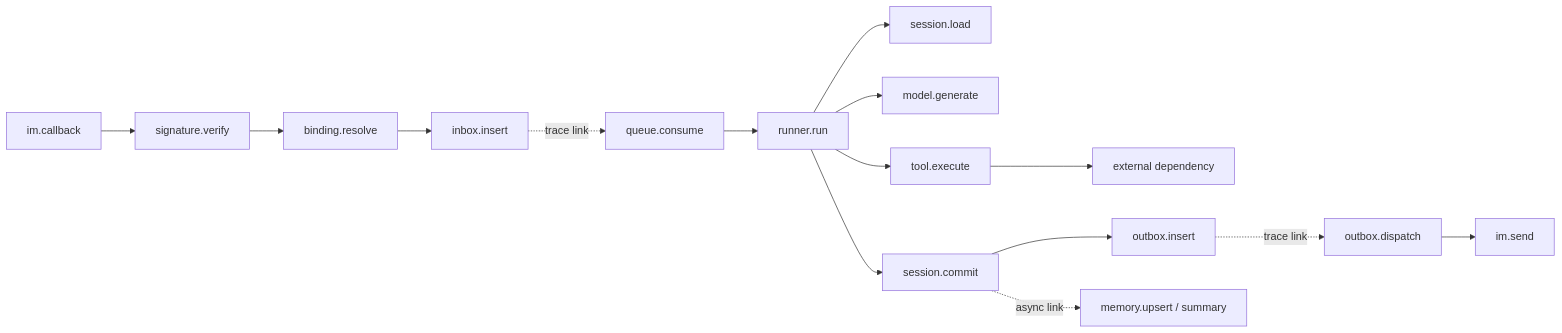
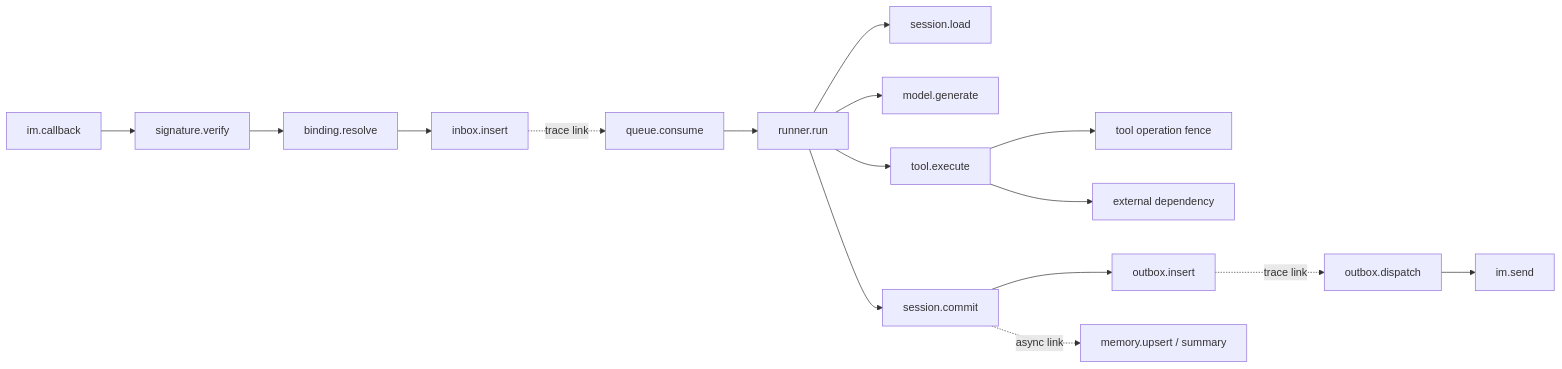
One commit to cyl6/trpc-agent-service changed the second of 3 diagrams in docs/security-operations.md. Above: the diagram before and after it, drawn with Mermaid. The commit also changed other lines of this file and 868 other files, not shown here.

````diff
--- a/docs/security-operations.md
+++ b/docs/security-operations.md
@@ -140,17 +156,18 @@
 ```mermaid
 flowchart LR
     A[im.callback] --> B[signature.verify]
     B --> C[binding.resolve]
     C --> D[inbox.insert]
     D -. trace link .-> E[queue.consume]
     E --> F[runner.run]
     F --> G[session.load]
     F --> H[model.generate]
     F --> I[tool.execute]
+    I --> P[tool operation fence]
     I --> J[external dependency]
     F --> K[session.commit]
     K --> L[outbox.insert]
     L -. trace link .-> M[outbox.dispatch]
     M --> N[im.send]
     K -. async link .-> O[memory.upsert / summary]
 ```
````
